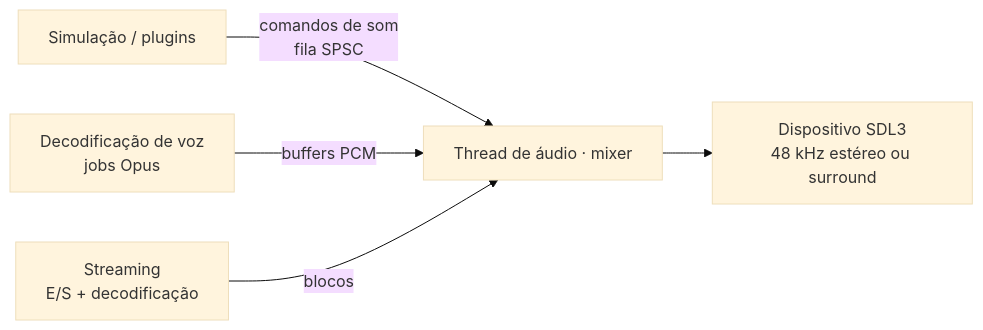
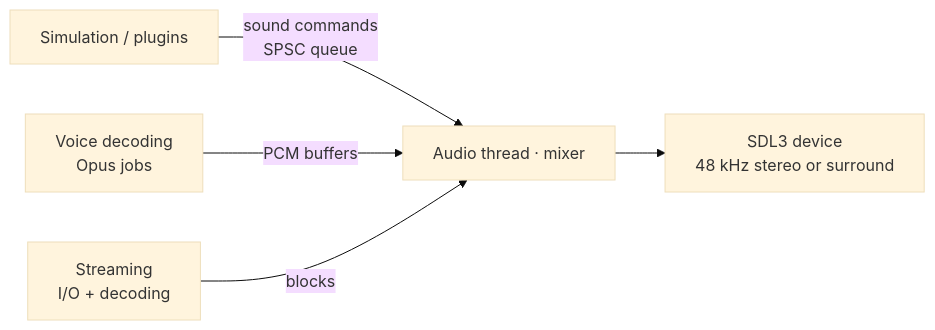
The diagram in docs/11-audio.md (BRUN0R2/modern-client.v2), drawn with Mermaid (base theme) before and after one commit. The commit also changed other lines of this file and 109 other files, not shown here.

````diff
--- a/docs/11-audio.md
+++ b/docs/11-audio.md
@@ -15,7 +16,7 @@
 ```mermaid
 flowchart LR
-    G[Simulação / plugins] -->|comandos de som<br/>fila SPSC| A[Thread de áudio · mixer]
-    V[Decodificação de voz<br/>jobs Opus] -->|buffers PCM| A
-    S[Streaming<br/>E/S + decodificação] -->|blocos| A
-    A --> D[Dispositivo SDL3<br/>48 kHz estéreo ou surround]
+    G[Simulation / plugins] -->|sound commands<br/>SPSC queue| A[Audio thread · mixer]
+    V[Voice decoding<br/>Opus jobs] -->|PCM buffers| A
+    S[Streaming<br/>I/O + decoding] -->|blocks| A
+    A --> D[SDL3 device<br/>48 kHz stereo or surround]
 ```
````
